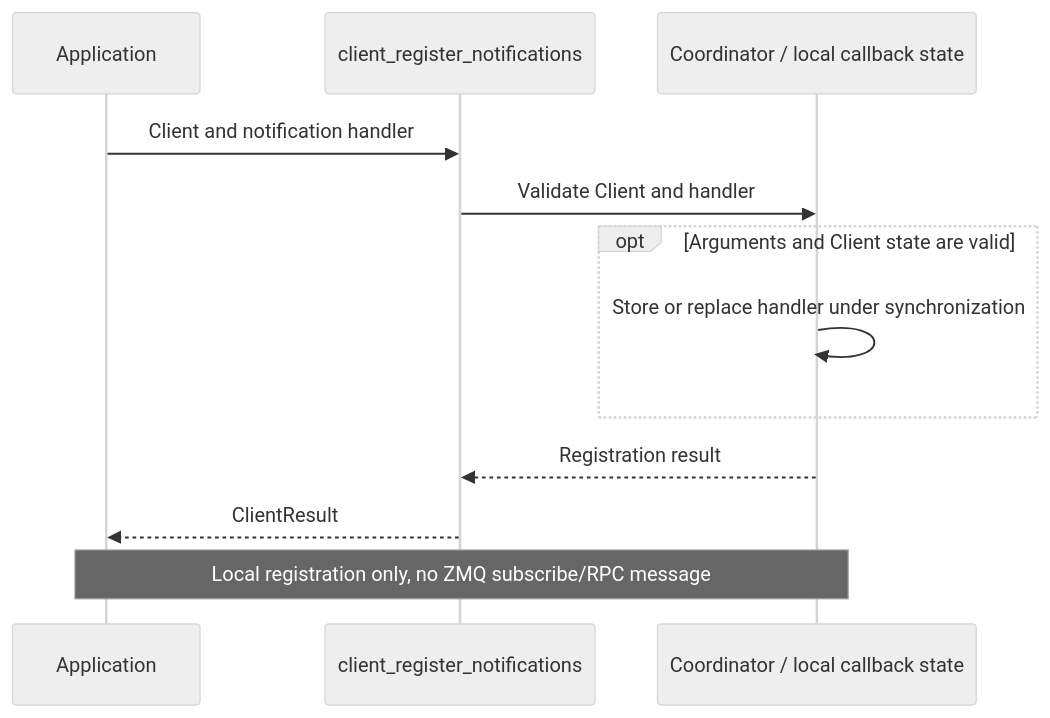
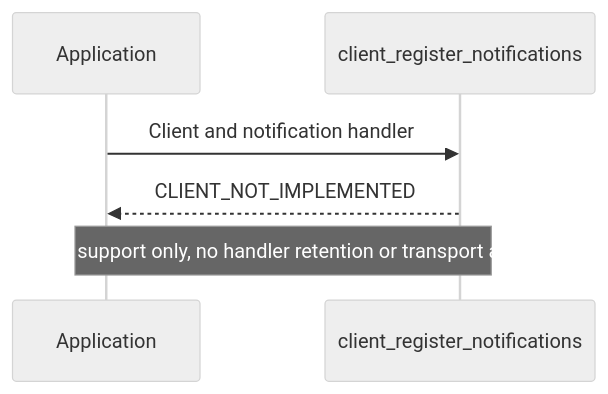
One commit to rdkcentral/eyil-secure-gateway changed diagram 12 of 29 in doc/EyilSecureGateway.md. Above: the diagram before and after it, drawn with Mermaid (neutral theme). The commit also changed other lines of this file, not shown here.

Commit message:
RDKEMW-27976: Doc update: Notification not supported for now

````diff
--- a/doc/EyilSecureGateway.md
+++ b/doc/EyilSecureGateway.md
@@ -1592,14 +1590,8 @@
 ```mermaid
 sequenceDiagram
     participant A as Application
     participant API as client_register_notifications
-    participant C as Coordinator / local callback state
     A->>API: Client and notification handler
-    API->>C: Validate Client and handler
-    opt Arguments and Client state are valid
-        C->>C: Store or replace handler under synchronization
-    end
-    C-->>API: Registration result
-    API-->>A: ClientResult
-    Note over A,C: Local registration only, no ZMQ subscribe/RPC message
+    API-->>A: CLIENT_NOT_IMPLEMENTED
+    Note over A,API: Future support only, no handler retention or transport activity
 ```
````
